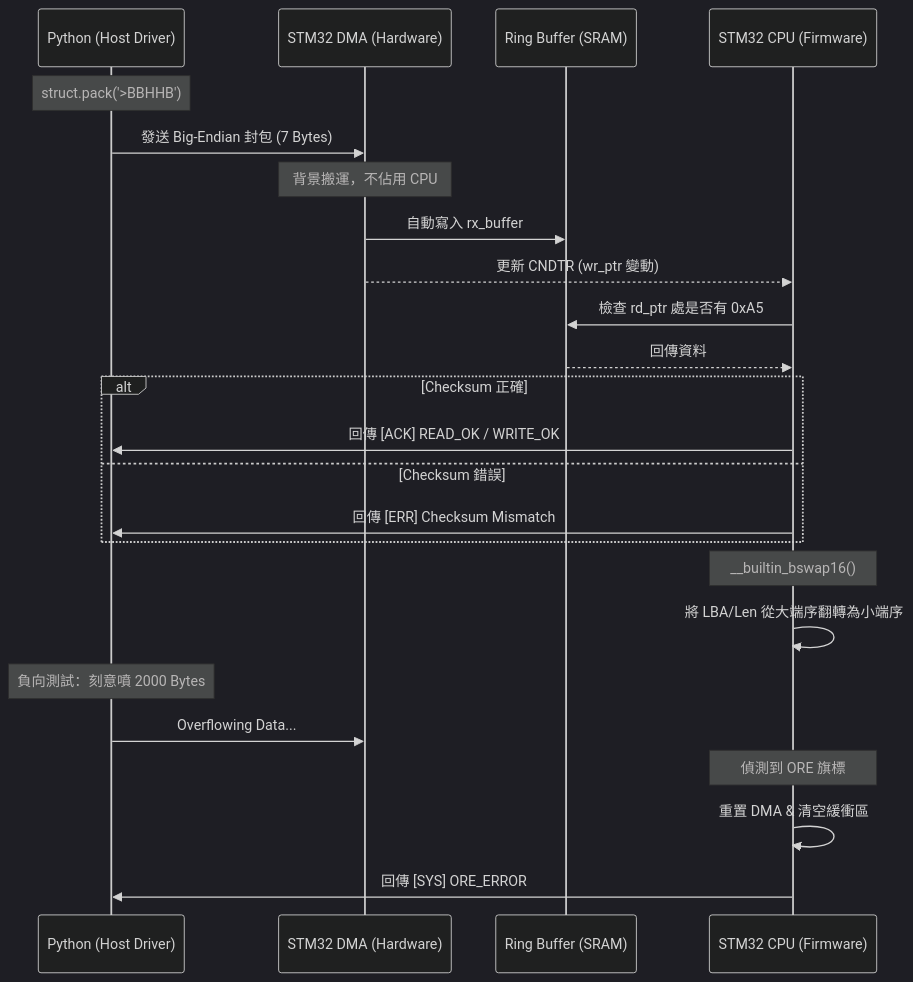
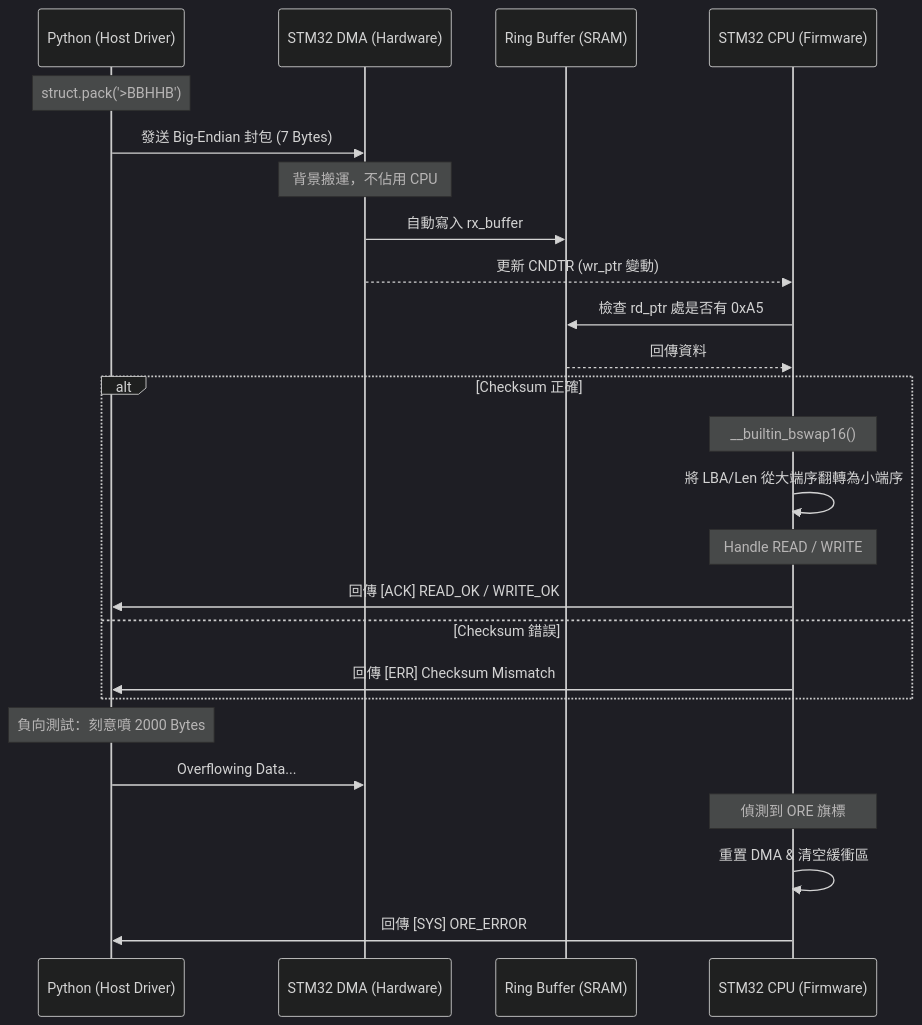
Before and after one commit to PlusRon/Firmware-STM32-SSD-Emulator: the second of 3 diagrams in README_FILE/Mermaid_Diagram/NVMe_Protocol_Architecture.md, drawn with Mermaid (dark theme).

````diff
--- a/README_FILE/Mermaid_Diagram/NVMe_Protocol_Architecture.md
+++ b/README_FILE/Mermaid_Diagram/NVMe_Protocol_Architecture.md
@@ -37,32 +37,34 @@
 ```mermaid
 sequenceDiagram
     participant Host as Python (Host Driver)
     participant DMA as STM32 DMA (Hardware)
     participant Buffer as Ring Buffer (SRAM)
     participant CPU as STM32 CPU (Firmware)
 
     Note over Host: struct.pack('>BBHHB')
     Host->>DMA: 發送 Big-Endian 封包 (7 Bytes)
     
     Note over DMA: 背景搬運，不佔用 CPU
     DMA->>Buffer: 自動寫入 rx_buffer
     DMA-->>CPU: 更新 CNDTR (wr_ptr 變動)
 
     CPU->>Buffer: 檢查 rd_ptr 處是否有 0xA5
     Buffer-->>CPU: 回傳資料
     
     alt Checksum 正確
+        Note over CPU: __builtin_bswap16()
+        CPU->>CPU: 將 LBA/Len 從大端序翻轉為小端序
+        Note over CPU: Handle READ / WRITE
         CPU->>Host: 回傳 [ACK] READ_OK / WRITE_OK
     else Checksum 錯誤
         CPU->>Host: 回傳 [ERR] Checksum Mismatch
     end
 
-    Note over CPU: __builtin_bswap16()
-    CPU->>CPU: 將 LBA/Len 從大端序翻轉為小端序
+    
 
     Note over Host: 負向測試：刻意噴 2000 Bytes
     Host->>DMA: Overflowing Data...
     Note over CPU: 偵測到 ORE 旗標
     CPU->>CPU: 重置 DMA & 清空緩衝區
     CPU->>Host: 回傳 [SYS] ORE_ERROR
 ```
````
